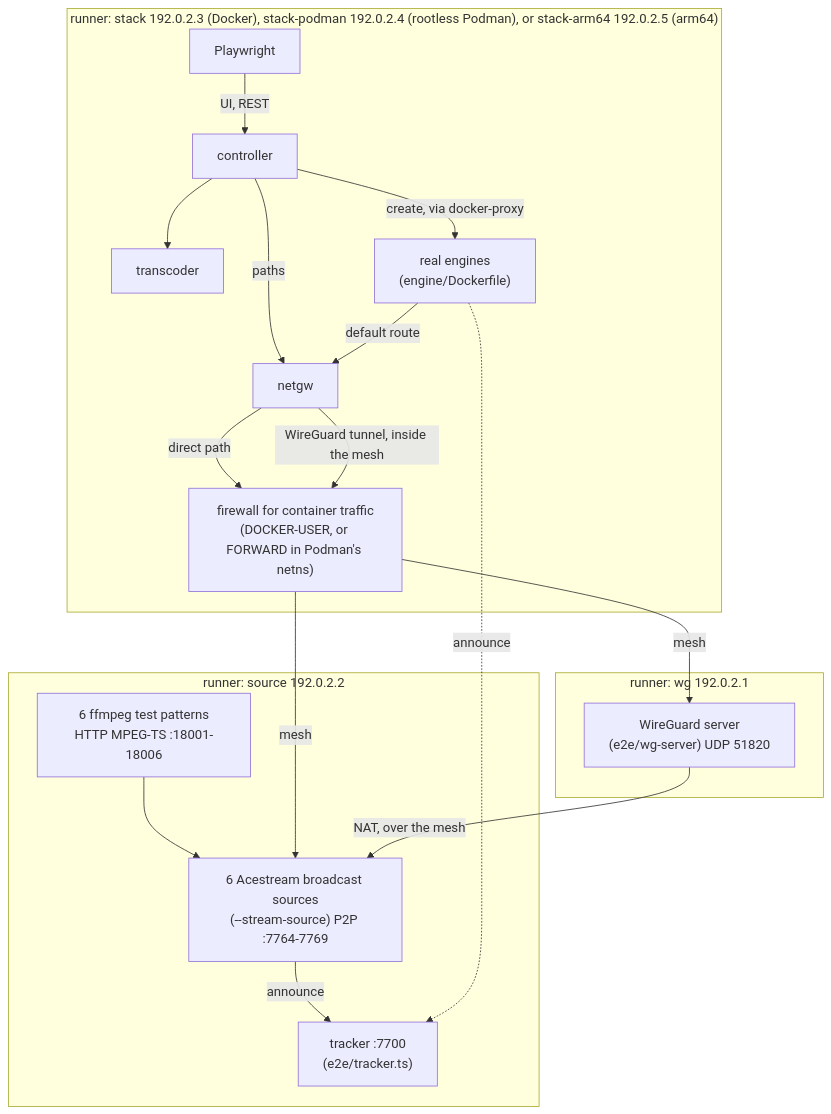
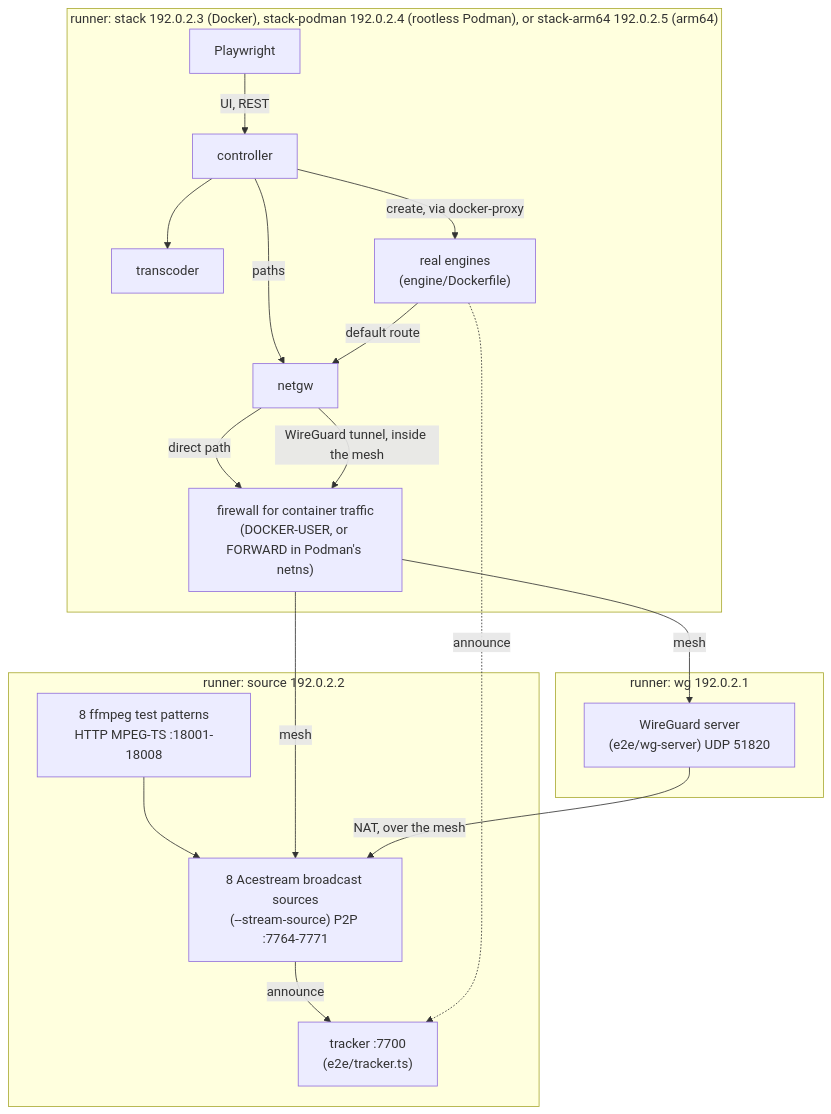
Before and after one commit to sergimn/AceSwarm: the first of 15 diagrams in e2e/README.md, drawn with Mermaid. The commit also changed other lines of this file and 4 other files, not shown here.

````diff
--- a/e2e/README.md
+++ b/e2e/README.md
@@ -20,24 +20,24 @@
 ```mermaid
 flowchart TB
   subgraph stack["runner: stack 192.0.2.3 (Docker), stack-podman 192.0.2.4 (rootless Podman), or stack-arm64 192.0.2.5 (arm64)"]
     PW[Playwright] -- UI, REST --> C[controller]
     C --> T[transcoder]
     C -- paths --> G[netgw]
     C -- "create, via docker-proxy" --> E["real engines<br/>(engine/Dockerfile)"]
     E -- default route --> G
     FW["firewall for container traffic<br/>(DOCKER-USER, or FORWARD in Podman's netns)"]
   end
   subgraph wg["runner: wg 192.0.2.1"]
     V["WireGuard server<br/>(e2e/wg-server) UDP 51820"]
   end
   subgraph source["runner: source 192.0.2.2"]
-    F["6 ffmpeg test patterns<br/>HTTP MPEG-TS :18001-18006"] --> S["6 Acestream broadcast sources<br/>(--stream-source) P2P :7764-7769"]
+    F["8 ffmpeg test patterns<br/>HTTP MPEG-TS :18001-18008"] --> S["8 Acestream broadcast sources<br/>(--stream-source) P2P :7764-7771"]
     S -- announce --> K["tracker :7700<br/>(e2e/tracker.ts)"]
   end
   G -- "direct path" --> FW
   FW -- "mesh" --> S
   G -- "WireGuard tunnel, inside the mesh" --> FW
   FW -- "mesh" --> V
   V -- "NAT, over the mesh" --> S
   E -. announce .-> K
 ```
````
